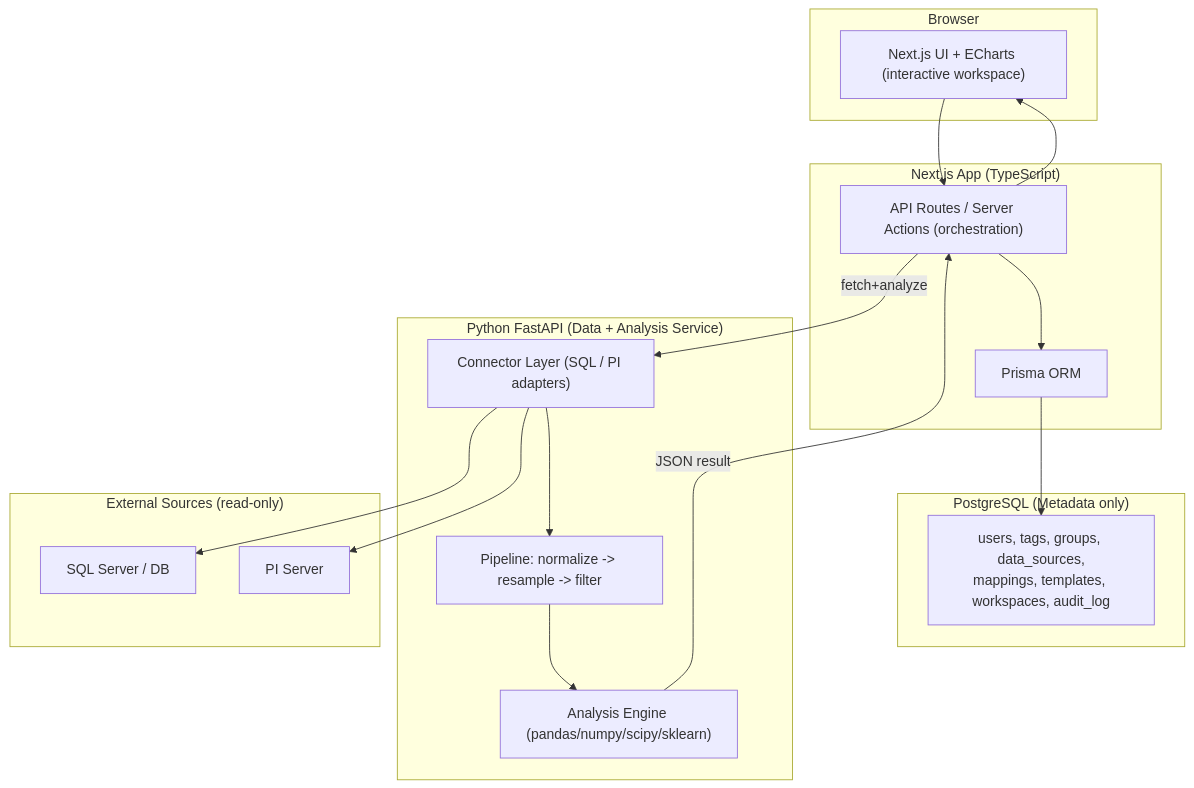
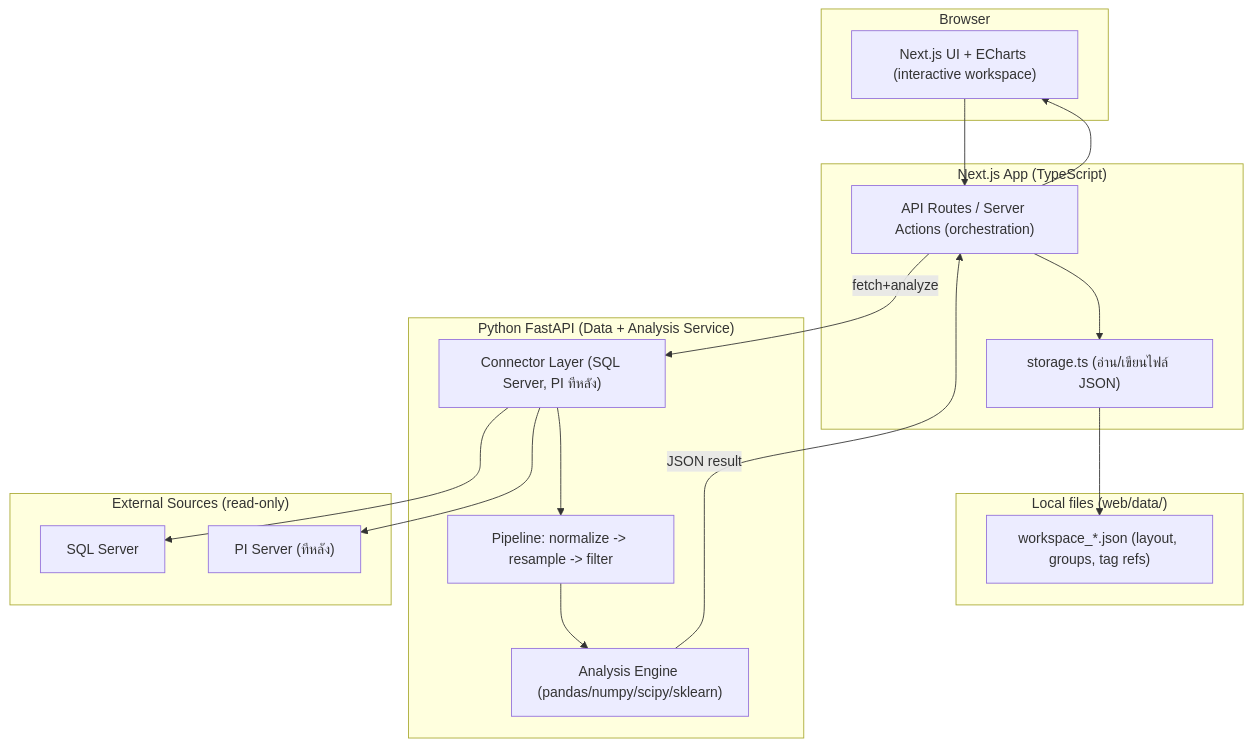
Before and after one commit to chinnput/AnalyticsPlatform: the diagram in docs/architecture.md, drawn with Mermaid. The commit also changed other lines of this file and 28 other files, not shown here.

First line of the commit message:
feat: add SQL Server + PI Server connectors, drop PostgreSQL/Prisma

````diff
--- a/docs/architecture.md
+++ b/docs/architecture.md
@@ -5,34 +5,34 @@
 ```mermaid
 flowchart TB
     subgraph Client["Browser"]
         UI["Next.js UI + ECharts (interactive workspace)"]
     end
 
     subgraph Web["Next.js App (TypeScript)"]
         API["API Routes / Server Actions (orchestration)"]
-        Prisma["Prisma ORM"]
+        STORE["storage.ts (อ่าน/เขียนไฟล์ JSON)"]
     end
 
-    subgraph PG["PostgreSQL (Metadata only)"]
-        META["users, tags, groups, data_sources,\nmappings, templates, workspaces, audit_log"]
+    subgraph FS["Local files (web/data/)"]
+        META["workspace_*.json (layout, groups, tag refs)"]
     end
 
     subgraph Py["Python FastAPI (Data + Analysis Service)"]
-        CONN["Connector Layer (SQL / PI adapters)"]
+        CONN["Connector Layer (SQL Server, PI ทีหลัง)"]
         PIPE["Pipeline: normalize -> resample -> filter"]
         ANALYSIS["Analysis Engine (pandas/numpy/scipy/sklearn)"]
     end
 
     subgraph Sources["External Sources (read-only)"]
-        SQL["SQL Server / DB"]
-        PISVR["PI Server"]
+        SQL["SQL Server"]
+        PISVR["PI Server (ทีหลัง)"]
     end
 
     UI --> API
-    API --> Prisma --> META
+    API --> STORE --> META
     API -->|fetch+analyze| CONN
     CONN --> SQL
     CONN --> PISVR
     CONN --> PIPE --> ANALYSIS
     ANALYSIS -->|JSON result| API --> UI
 ```
````
